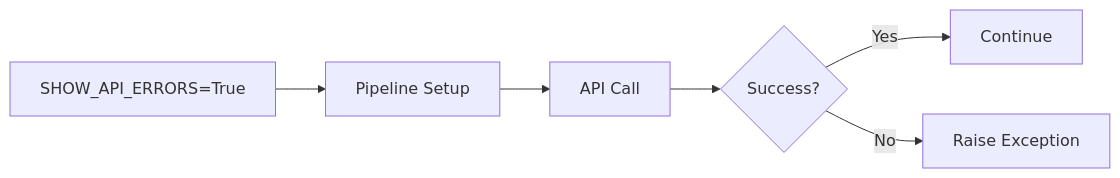
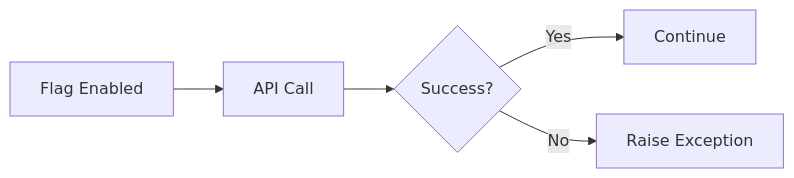
The first of 5 diagrams in examples/api_pipeline/05_show_errors/README.md (wisrovi/wpipe), drawn with Mermaid before and after one commit. The commit also changed other lines of this file and 20 other files, not shown here.

First line of the commit message:
Simplify Mermaid diagrams for better rendering

````diff
--- a/examples/api_pipeline/05_show_errors/README.md
+++ b/examples/api_pipeline/05_show_errors/README.md
@@ -14,8 +14,7 @@
 ```mermaid
 graph LR
-    A[SHOW_API_ERRORS=True] --> B[Pipeline Setup]
-    B --> C[API Call]
-    C --> D{Success?}
-    D -->|Yes| E[Continue]
-    D -->|No| F[Raise Exception]
+    A[Flag Enabled] --> B[API Call]
+    B --> C{Success?}
+    C -->|Yes| D[Continue]
+    C -->|No| E[Raise Exception]
 ```
````
